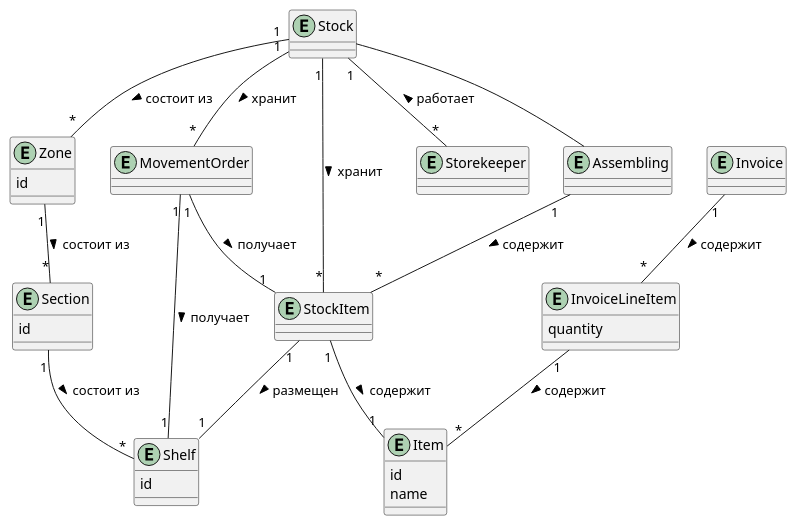
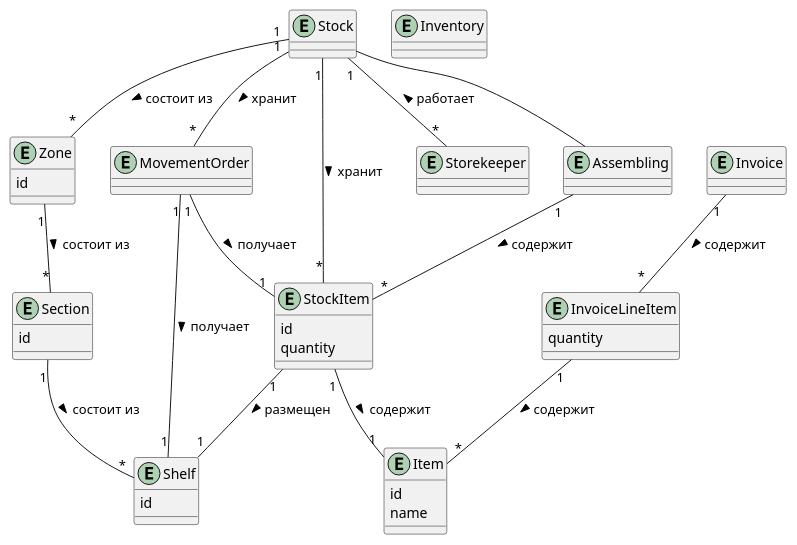
Before and after one commit to penamarth/bsbo-02-21_team5_var6_sklad: the diagram in warehouse/модель_предметной_области.md, drawn with PlantUML. The commit also changed 3 other files, not shown here.

````diff
--- a/warehouse/модель_предметной_области.md
+++ b/warehouse/модель_предметной_области.md
@@ -1,55 +1,60 @@
 ```plantuml
 
 @startuml 
 
 entity Stock {}
 
 entity MovementOrder {}
 
 entity Item {
   id
   name
 }
 
-entity StockItem {}
+entity StockItem {
+    id
+    quantity
+}
 
 entity Zone {
   id
 }
 
 entity Section {
   id
 }
 
 entity Shelf {
   id
 }
 
 entity Invoice {}
 
 entity InvoiceLineItem {
   quantity
 }
 
 entity Storekeeper {}
 
 entity Assembling {}
 
+entity Inventory {}
+
 Stock "1" -- "*" StockItem : "хранит >"
 Stock "1" -- "*" MovementOrder : "хранит >"
 MovementOrder "1" -- "1" StockItem : "получает >"
 MovementOrder "1" -- "1" Shelf: "получает >"
 StockItem "1" -- "1" Item : "содержит >"
 StockItem "1" -- "1" Shelf : "размещен >"
 Invoice "1" -- "*" InvoiceLineItem : "содержит >"
 InvoiceLineItem "1" -- "*" Item : "содержит >"
 Stock "1" -- "*" Zone : "состоит из >"
 Zone "1" -- "*" Section : "состоит из >"
 Section "1" -- "*" Shelf : "состоит из >"
 Stock "1" -- "*" Storekeeper : "работает <"
 Stock -- Assembling
 Assembling "1" -- "*" StockItem : "содержит >"
 
 @enduml
 
 ```
````
